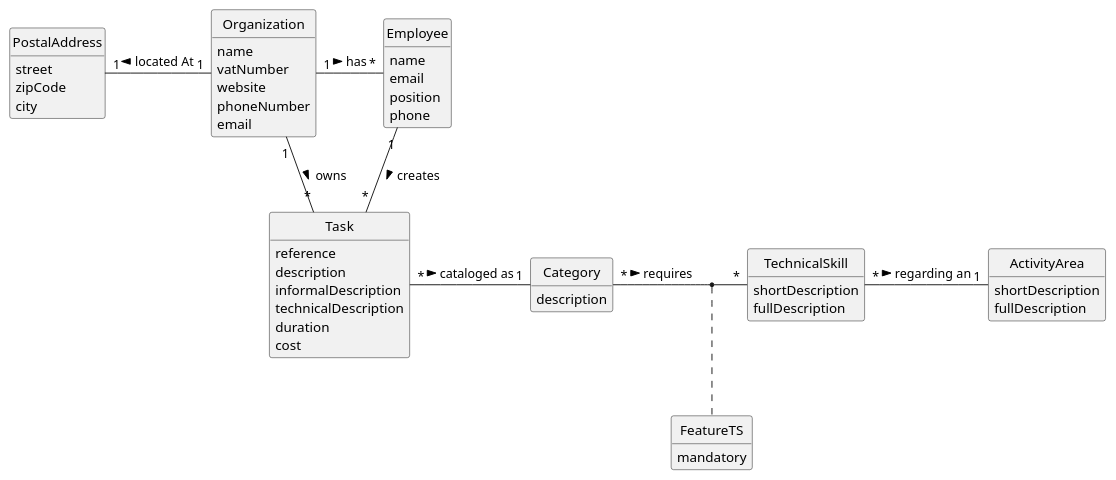
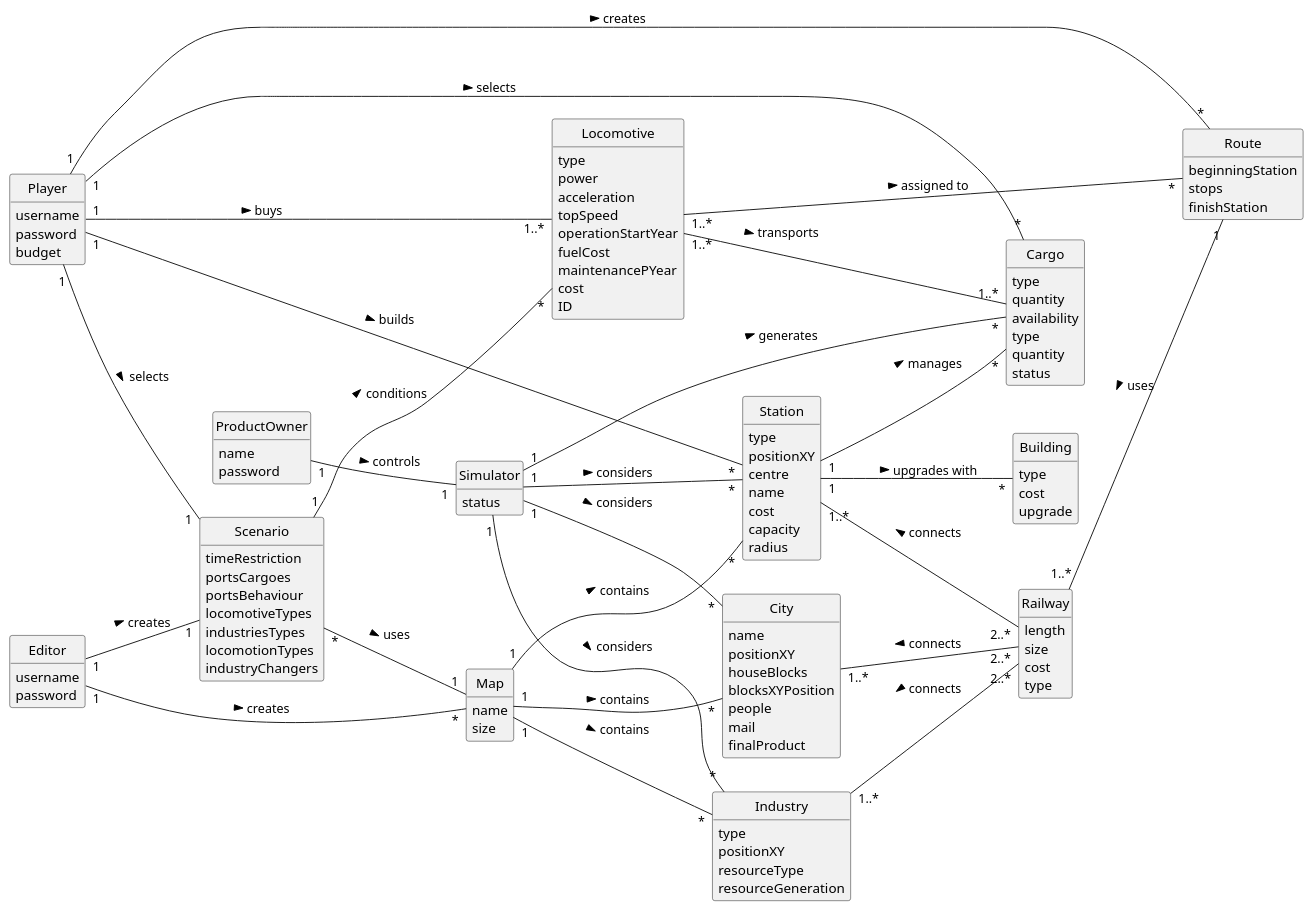
Before and after one commit to 1240935/pi2-railway-simulator: the diagram in docsFinais/global-artifacts/02.analysis/puml/DM.puml, drawn with PlantUML. The commit also changed 31 other files, not shown here.

Commit message:
all us complete, only needing a second checking, and domain model puml done

```diff
--- a/docsFinais/global-artifacts/02.analysis/puml/DM.puml
+++ b/docsFinais/global-artifacts/02.analysis/puml/DM.puml
@@ -1,77 +1,145 @@
 @startuml
 skinparam monochrome true
 skinparam packageStyle rectangle
 skinparam shadowing false
 'skinparam linetype ortho
 'left to right direction
 skinparam classAttributeIconSize 0
 hide circle
 hide methods
 
-'title Domain Model
+left to right direction
 
-class Organization {
-    name
-    vatNumber
-    website
-    phoneNumber
-    email
+class Player {
+    username
+    password
+    budget
 }
 
-class Task {
-    reference
-    description
-    informalDescription
-    technicalDescription
-    duration
-    cost
+class Editor {
+    username
+    password
 }
 
-class Category {
-    description
+class Map {
+    name
+    size
 }
 
-class Employee {
+class Station {
+    type
+    positionXY
+    centre
     name
-    email
-    position
-    phone
+    cost
+    capacity
+    radius
 }
 
-class TechnicalSkill{
-    shortDescription
-    fullDescription
+class Building {
+    type
+    cost
+    upgrade
 }
 
-class ActivityArea{
-    shortDescription
-    fullDescription
+class Cargo {
+    type
+    quantity
+    availability
 }
 
-class FeatureTS{
-    mandatory
+class Industry {
+    type
+    positionXY
+    resourceType
+    resourceGeneration
 }
 
-'class User {
-'    name
-'    email
-'    password
-'}
-class PostalAddress{
-    street
-    zipCode
-    city
+class Scenario {
+    timeRestriction
+    portsCargoes
+    portsBehaviour
+    locomotiveTypes
+    industriesTypes
+    locomotionTypes
+    industryChangers
 }
 
-Organization "1" - "*" Employee : has >
-Organization "1" - "*" Task: owns >
-Employee "1" -- "*" Task : creates >
-Task "*" - "1" Category: cataloged as >
-TechnicalSkill "*" - "1" ActivityArea: regarding an >
+class City {
+    name
+    positionXY
+    houseBlocks
+    blocksXYPosition
+    people
+    mail
+    finalProduct
+}
 
-Category "*" - "*" TechnicalSkill :  requires >
-(Category, TechnicalSkill) . FeatureTS
+class Railway{
+    length
+    size
+    cost
+    type
+}
 
-Organization "1" -left "1" PostalAddress : located At >
+class Cargo {
+    type
+    quantity
+    status
+}
+
+class Locomotive {
+    type
+    power
+    acceleration
+    topSpeed
+    operationStartYear
+    fuelCost
+    maintenancePYear
+    cost
+    ID
+}
+
+class Route {
+    beginningStation
+    stops
+    finishStation
+}
+
+class Simulator{
+    status
+}
+
+class ProductOwner {
+    name
+    password
+}
+
+Editor "1" -- "*" Map : creates >
+Editor "1" -- "1" Scenario : creates >
+Scenario "*" -- "1" Map : uses >
+Map "1" -- "*" Station : contains >
+Map "1" -- "*" Industry : contains >
+Map "1" -- "*" City : contains >
+Station "1" -- "*" Building : upgrades with >
+Station "1" -- "*" Cargo : manages >
+Station "1..*" -- "2..*" Railway : connects <
+Player "1" -- "1" Scenario : selects >
+Player "1" -- "*" Station : builds >
+Player "1" - "*" Route : creates >
+Player "1" -- "*"  Cargo : selects >
+Player "1" -- "1..*" Locomotive : buys >
+Locomotive "1..*" -- "*" Route : assigned to >
+Locomotive "1..*" -- "1..*" Cargo : transports >
+Railway "1..*" -- "1" Route: uses <
+City "1..*" -- "2..*" Railway : connects <
+Industry "1..*" -- "2..*" Railway : connects <
+Scenario "1" -- "*" Locomotive: conditions >
+ProductOwner "1" -- "1" Simulator: controls >
+Simulator "1" -- "*" Cargo: generates >
+Simulator "1" -- "*" City: considers >
+Simulator "1" -- "*" Industry: considers >
+Simulator "1" -- "*" Station: considers >
+
 
 @enduml
```
